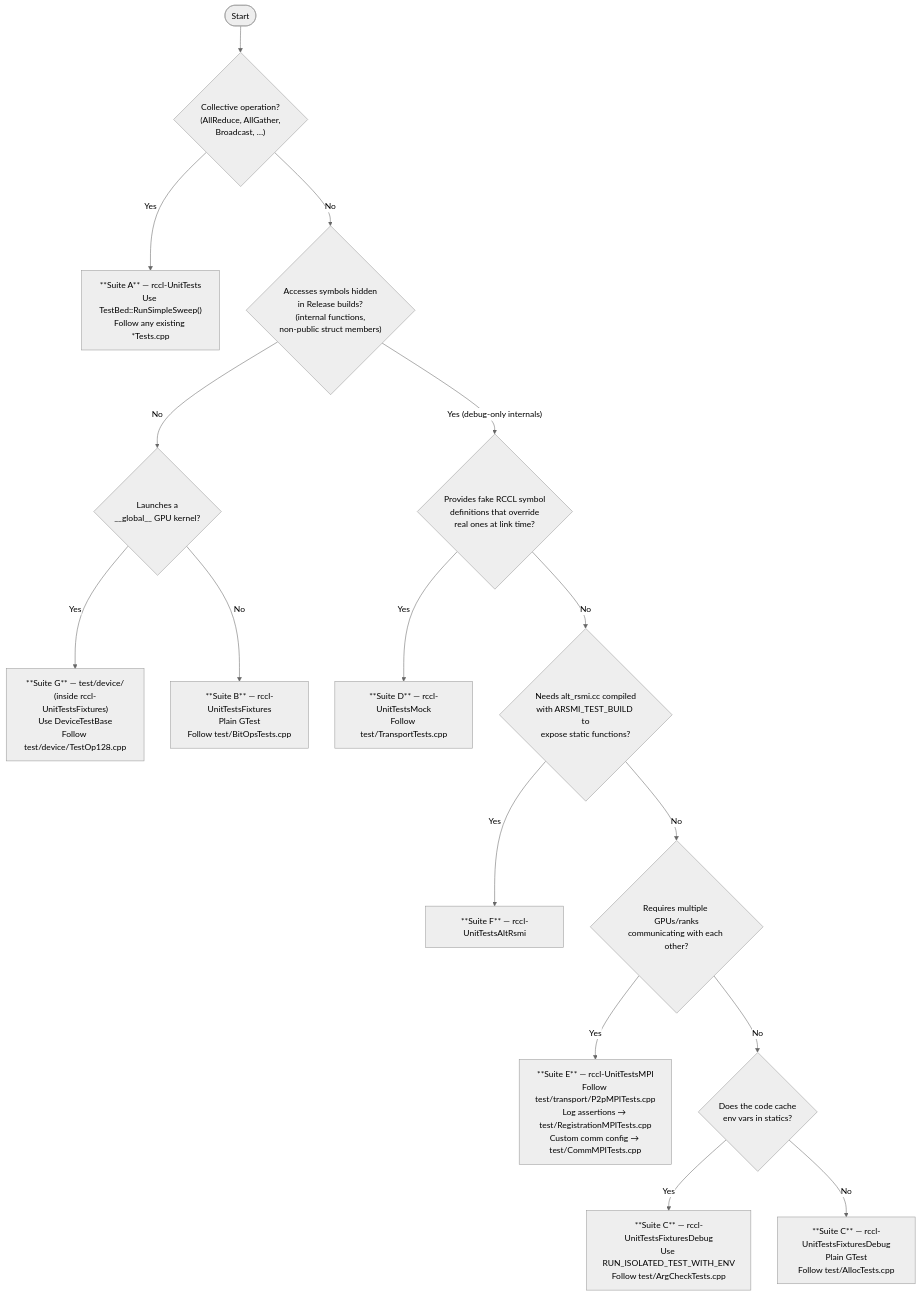
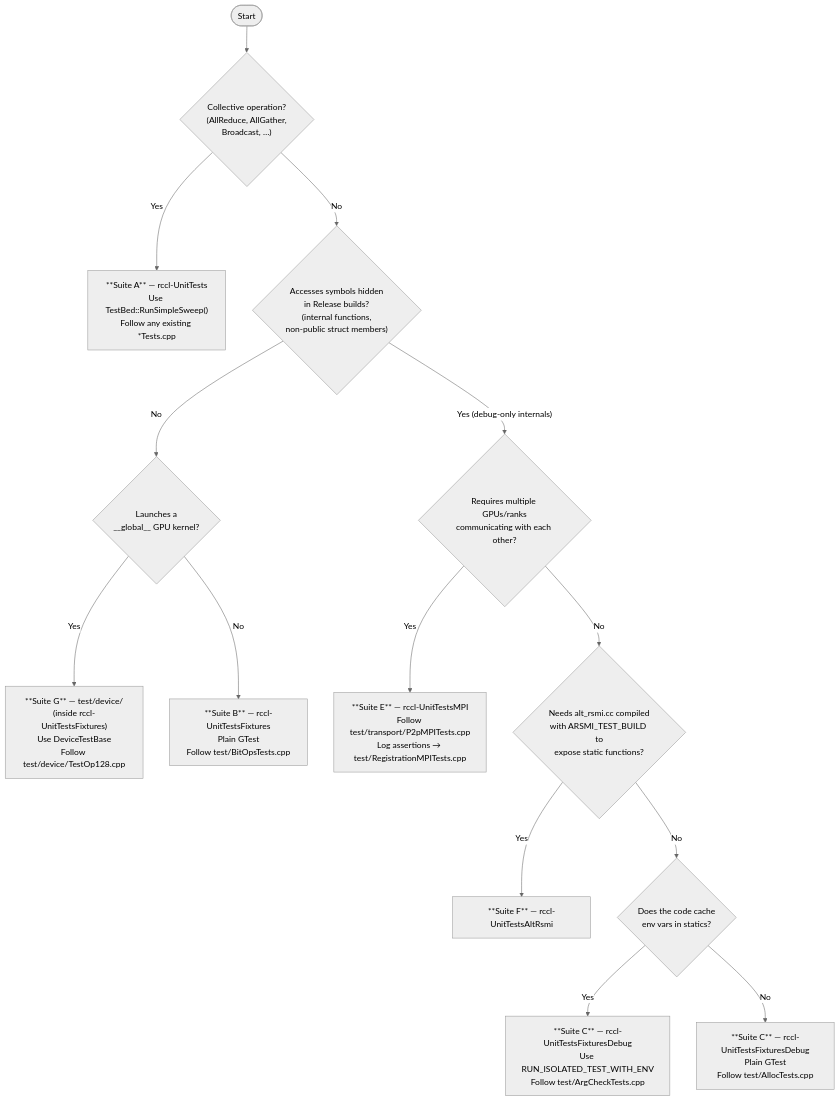
One commit to ROCm/rocm-systems changed the diagram in projects/rccl/TESTING.md. Above: the diagram before and after it, drawn with Mermaid (neutral theme). The commit also changed other lines of this file, not shown here.

Commit message:
Remove the info about rccl-UnitTestsMock

````diff
--- a/projects/rccl/TESTING.md
+++ b/projects/rccl/TESTING.md
@@ -621,29 +590,25 @@
 ```mermaid
 flowchart TD
     A([Start]) --> B{"Collective operation?\n(AllReduce, AllGather,\nBroadcast, …)"}
 
     B -- Yes --> SA["**Suite A** — rccl-UnitTests\nUse TestBed::RunSimpleSweep()\nFollow any existing *Tests.cpp"]
 
     B -- No --> C{"Accesses symbols hidden\nin Release builds?\n(internal functions,\nnon-public struct members)"}
 
     C -- No --> D{"Launches a\n__global__ GPU kernel?"}
     D -- Yes --> SG["**Suite G** — test/device/\n(inside rccl-UnitTestsFixtures)\nUse DeviceTestBase\nFollow test/device/TestOp128.cpp"]
     D -- No --> SB["**Suite B** — rccl-UnitTestsFixtures\nPlain GTest\nFollow test/BitOpsTests.cpp"]
 
-    C -- "Yes (debug-only internals)" --> E{"Provides fake RCCL symbol\ndefinitions that override\nreal ones at link time?"}
+    C -- "Yes (debug-only internals)" --> E{"Requires multiple GPUs/ranks\ncommunicating with each other?"}
 
-    E -- Yes --> SD["**Suite D** — rccl-UnitTestsMock\nFollow test/TransportTests.cpp"]
+    E -- Yes --> SE["**Suite E** — rccl-UnitTestsMPI\nFollow test/transport/P2pMPITests.cpp\nLog assertions → test/RegistrationMPITests.cpp"]
 
     E -- No --> F{"Needs alt_rsmi.cc compiled\nwith ARSMI_TEST_BUILD to\nexpose static functions?"}
 
     F -- Yes --> SF["**Suite F** — rccl-UnitTestsAltRsmi"]
 
-    F -- No --> G{"Requires multiple GPUs/ranks\ncommunicating with each other?"}
+    F -- No --> G{"Does the code cache\nenv vars in statics?"}
 
-    G -- Yes --> SE["**Suite E** — rccl-UnitTestsMPI\nFollow test/transport/P2pMPITests.cpp\nLog assertions → test/RegistrationMPITests.cpp\nCustom comm config → test/CommMPITests.cpp"]
-
-    G -- No --> H{"Does the code cache\nenv vars in statics?"}
-
-    H -- Yes --> SC_env["**Suite C** — rccl-UnitTestsFixturesDebug\nUse RUN_ISOLATED_TEST_WITH_ENV\nFollow test/ArgCheckTests.cpp"]
-    H -- No --> SC_plain["**Suite C** — rccl-UnitTestsFixturesDebug\nPlain GTest\nFollow test/AllocTests.cpp"]
+    G -- Yes --> SC_env["**Suite C** — rccl-UnitTestsFixturesDebug\nUse RUN_ISOLATED_TEST_WITH_ENV\nFollow test/ArgCheckTests.cpp"]
+    G -- No --> SC_plain["**Suite C** — rccl-UnitTestsFixturesDebug\nPlain GTest\nFollow test/AllocTests.cpp"]
 ```
````
